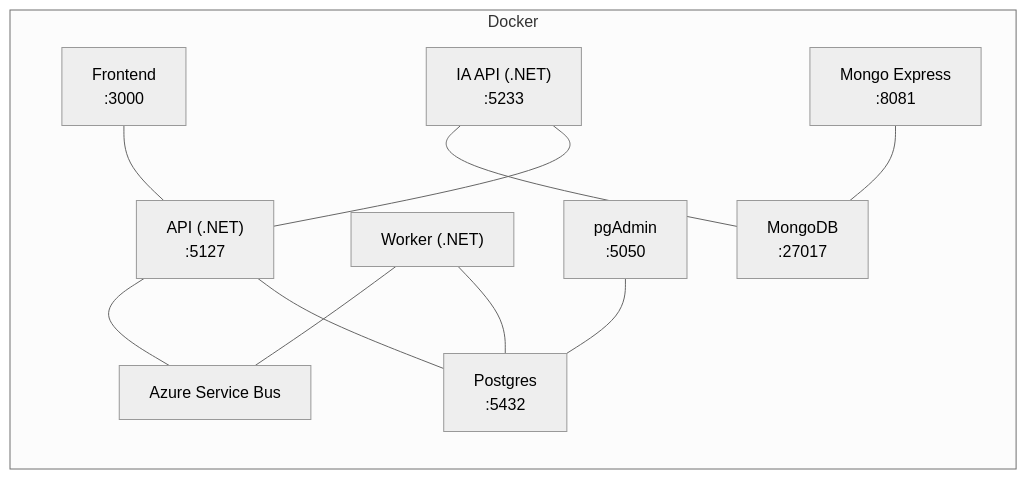
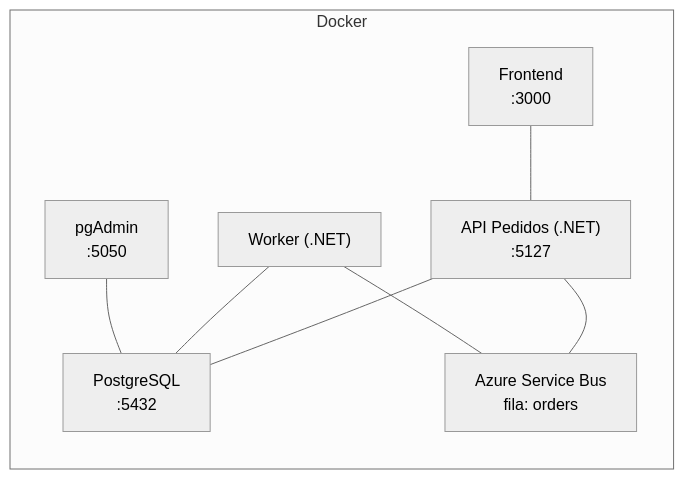
Before and after one commit to tuliofranco/order-service: the second of 3 diagrams in README.md, drawn with Mermaid (neutral theme). The commit also changed other lines of this file, not shown here.

````diff
--- a/README.md
+++ b/README.md
@@ -522,15 +524,11 @@
 ```mermaid
 graph LR
   subgraph Docker
-    FE["Frontend<br/>:3000"] --- API["API (.NET)<br/>:5127"]
-    API --- DB["Postgres<br/>:5432"]
-    API --- ASB["Azure Service Bus"]
+    FE["Frontend<br/>:3000"] --- API["API Pedidos (.NET)<br/>:5127"]
+    API --- DB["PostgreSQL<br/>:5432"]
+    API --- ASB["Azure Service Bus<br/>fila: orders"]
     WK["Worker (.NET)"] --- DB
     WK --- ASB
     PG["pgAdmin<br/>:5050"] --- DB
-
-    IAAPI["IA API (.NET)<br/>:5233"] --- API
-    IAAPI --- MG["MongoDB<br/>:27017"]
-    MGE["Mongo Express<br/>:8081"] --- MG
   end
 ```
````
